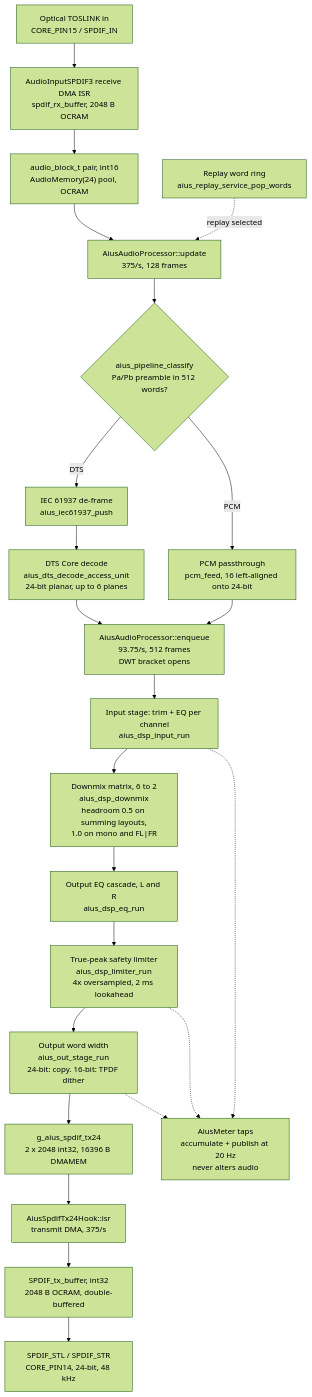
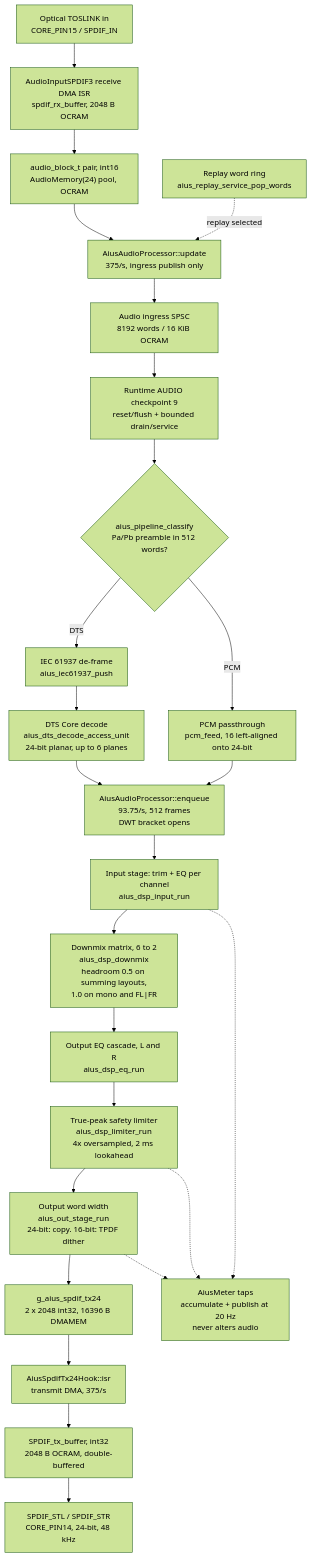
Before and after one commit to d3aek/aius: the diagram in docs/reference/signal-path.md, drawn with Mermaid (forest theme). The commit also changed other lines of this file and 25 other files, not shown here.

First line of the commit message:
feat(aius): move live audio work out of the ISR

````diff
--- a/docs/reference/signal-path.md
+++ b/docs/reference/signal-path.md
@@ -91,34 +93,36 @@
 ```mermaid
 flowchart TD
     OPT["Optical TOSLINK in<br/>CORE_PIN15 / SPDIF_IN"]
     RX["AudioInputSPDIF3 receive DMA ISR<br/>spdif_rx_buffer, 2048 B OCRAM"]
     BLK["audio_block_t pair, int16<br/>AudioMemory(24) pool, OCRAM"]
-    UPD["AiusAudioProcessor::update<br/>375/s, 128 frames"]
+    UPD["AiusAudioProcessor::update<br/>375/s, ingress publish only"]
     RPL["Replay word ring<br/>aius_replay_service_pop_words"]
+    ING["Audio ingress SPSC<br/>8192 words / 16 KiB OCRAM"]
+    AUD["Runtime AUDIO checkpoint 9<br/>reset/flush + bounded drain/service"]
     CLS{"aius_pipeline_classify<br/>Pa/Pb preamble in 512 words?"}
     IEC["IEC 61937 de-frame<br/>aius_iec61937_push"]
     DTS["DTS Core decode<br/>aius_dts_decode_access_unit<br/>24-bit planar, up to 6 planes"]
     PCM["PCM passthrough<br/>pcm_feed, 16 left-aligned onto 24-bit"]
     ENQ["AiusAudioProcessor::enqueue<br/>93.75/s, 512 frames<br/>DWT bracket opens"]
     IN["Input stage: trim + EQ per channel<br/>aius_dsp_input_run"]
     DMX["Downmix matrix, 6 to 2<br/>aius_dsp_downmix<br/>headroom 0.5 on summing layouts,<br/>1.0 on mono and FL|FR"]
     OEQ["Output EQ cascade, L and R<br/>aius_dsp_eq_run"]
     LIM["True-peak safety limiter<br/>aius_dsp_limiter_run<br/>4x oversampled, 2 ms lookahead"]
     OUT["Output word width<br/>aius_out_stage_run<br/>24-bit: copy. 16-bit: TPDF dither"]
     RING["g_aius_spdif_tx24<br/>2 x 2048 int32, 16396 B DMAMEM"]
     TXI["AiusSpdifTx24Hook::isr<br/>transmit DMA, 375/s"]
     TXB["SPDIF_tx_buffer, int32<br/>2048 B OCRAM, double-buffered"]
     WIRE["SPDIF_STL / SPDIF_STR<br/>CORE_PIN14, 24-bit, 48 kHz"]
     MET["AiusMeter taps<br/>accumulate + publish at 20 Hz<br/>never alters audio"]
 
-    OPT --> RX --> BLK --> UPD
+    OPT --> RX --> BLK --> UPD --> ING --> AUD
     RPL -.->|"replay selected"| UPD
-    UPD --> CLS
+    AUD --> CLS
     CLS -->|DTS| IEC --> DTS --> ENQ
     CLS -->|PCM| PCM --> ENQ
     ENQ --> IN --> DMX --> OEQ --> LIM --> OUT --> RING
     RING --> TXI --> TXB --> WIRE
     IN -.-> MET
     LIM -.-> MET
     OUT -.-> MET
 ```
````
